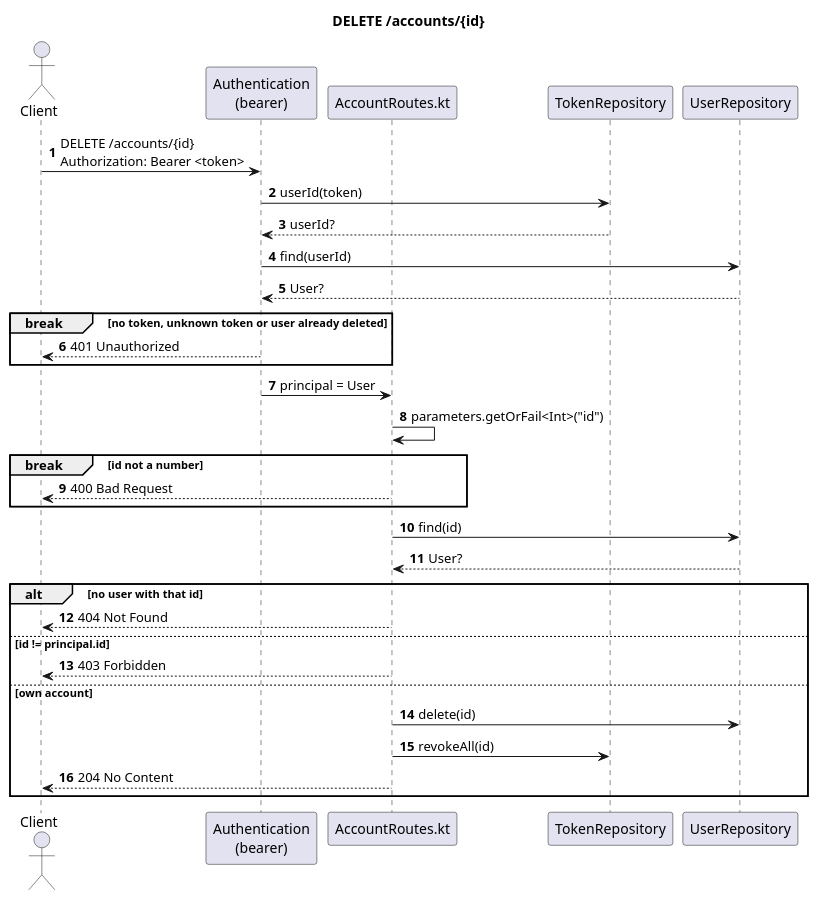
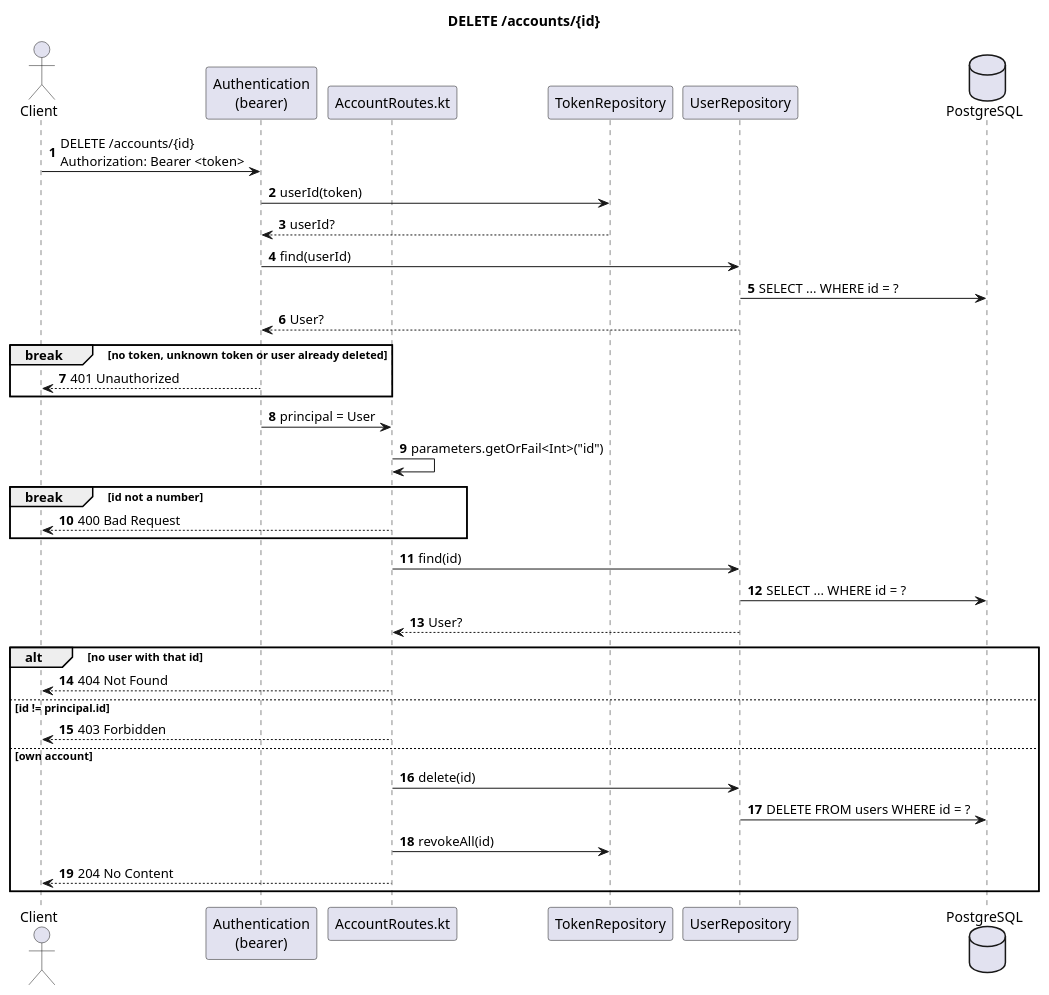
The diagram in docs/diagrams/sequence-delete-account.puml (Rent-a-car-38291/rent-a-car), drawn with PlantUML before and after one commit. The commit also changed 28 other files, not shown here.

First line of the commit message:
feat: store accounts in PostgreSQL (#56)

```diff
--- a/docs/diagrams/sequence-delete-account.puml
+++ b/docs/diagrams/sequence-delete-account.puml
@@ -1,38 +1,42 @@
 @startuml
 title DELETE /accounts/{id}
 autonumber
 
 actor Client
 participant "Authentication\n(bearer)" as Auth
 participant "AccountRoutes.kt" as Route
 participant TokenRepository
 participant UserRepository
+database PostgreSQL
 
 Client -> Auth : DELETE /accounts/{id}\nAuthorization: Bearer <token>
 Auth -> TokenRepository : userId(token)
 TokenRepository --> Auth : userId?
 Auth -> UserRepository : find(userId)
+UserRepository -> PostgreSQL : SELECT ... WHERE id = ?
 UserRepository --> Auth : User?
 break no token, unknown token or user already deleted
   Auth --> Client : 401 Unauthorized
 end
 Auth -> Route : principal = User
 
 Route -> Route : parameters.getOrFail<Int>("id")
 break id not a number
   Route --> Client : 400 Bad Request
 end
 
 Route -> UserRepository : find(id)
+UserRepository -> PostgreSQL : SELECT ... WHERE id = ?
 UserRepository --> Route : User?
 alt no user with that id
   Route --> Client : 404 Not Found
 else id != principal.id
   Route --> Client : 403 Forbidden
 else own account
   Route -> UserRepository : delete(id)
+  UserRepository -> PostgreSQL : DELETE FROM users WHERE id = ?
   Route -> TokenRepository : revokeAll(id)
   Route --> Client : 204 No Content
 end
 
 @enduml
```
